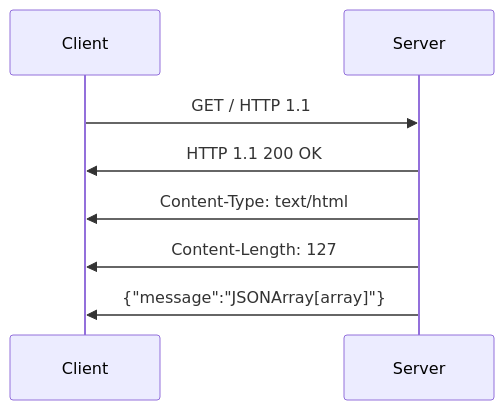
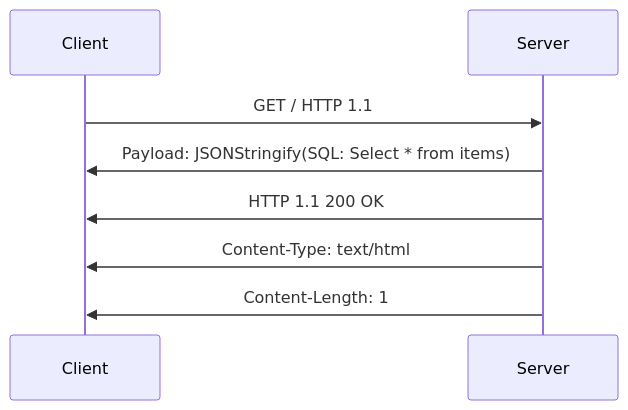
The second of 3 diagrams in SEQUENCEDIAGRAMS.md (LJS360d/auctionsLab), drawn with Mermaid before and after one commit. The commit also changed other lines of this file and 10 other files, not shown here.

````diff
--- a/SEQUENCEDIAGRAMS.md
+++ b/SEQUENCEDIAGRAMS.md
@@ -11,8 +22,15 @@
 ```mermaid
+
 sequenceDiagram
+
 Client ->> Server: GET / HTTP 1.1
+
+Server ->> Client: Payload: JSONStringify(SQL: Select * from items)
+
 Server ->> Client: HTTP 1.1 200 OK
+
 Server ->> Client: Content-Type: text/html
-Server ->> Client: Content-Length: 127
-Server ->> Client: {"message":"JSONArray[array]"}
+
+Server ->> Client: Content-Length: 1
+
 ```
````
